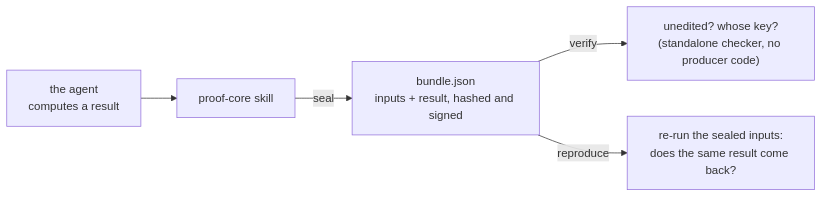
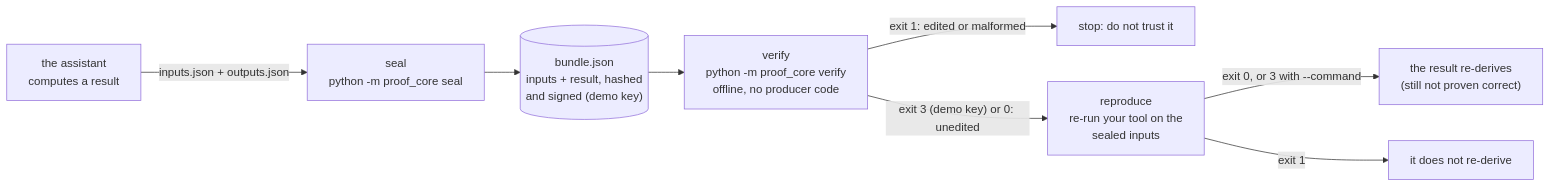
Before and after one commit to SMRFORGE/proof-core: the first of 3 diagrams in README.md, drawn with Mermaid. The commit also changed other lines of this file and 2 other files, not shown here.

First line of the commit message:
docs: diagrams for the skill flow and plugin contents; SKILL.md exit 5 and reproduce exit 3

````diff
--- a/README.md
+++ b/README.md
@@ -59,7 +62,10 @@
 ```mermaid
 flowchart LR
-    A["the agent<br/>computes a result"] --> S["proof-core skill"]
-    S -->|"seal"| B["bundle.json<br/>inputs + result, hashed and signed"]
-    B -->|"verify"| V["unedited? whose key?<br/>(standalone checker, no producer code)"]
-    B -->|"reproduce"| R["re-run the sealed inputs:<br/>does the same result come back?"]
+    A["the assistant<br/>computes a result"] -->|"inputs.json + outputs.json"| S["seal<br/>python -m proof_core seal"]
+    S --> B[("bundle.json<br/>inputs + result, hashed<br/>and signed (demo key)")]
+    B --> V["verify<br/>python -m proof_core verify<br/>offline, no producer code"]
+    V -->|"exit 1: edited or malformed"| X["stop: do not trust it"]
+    V -->|"exit 3 (demo key) or 0: unedited"| R["reproduce<br/>re-run your tool on the<br/>sealed inputs"]
+    R -->|"exit 0, or 3 with --command"| OK["the result re-derives<br/>(still not proven correct)"]
+    R -->|"exit 1"| NR["it does not re-derive"]
 ```
````
